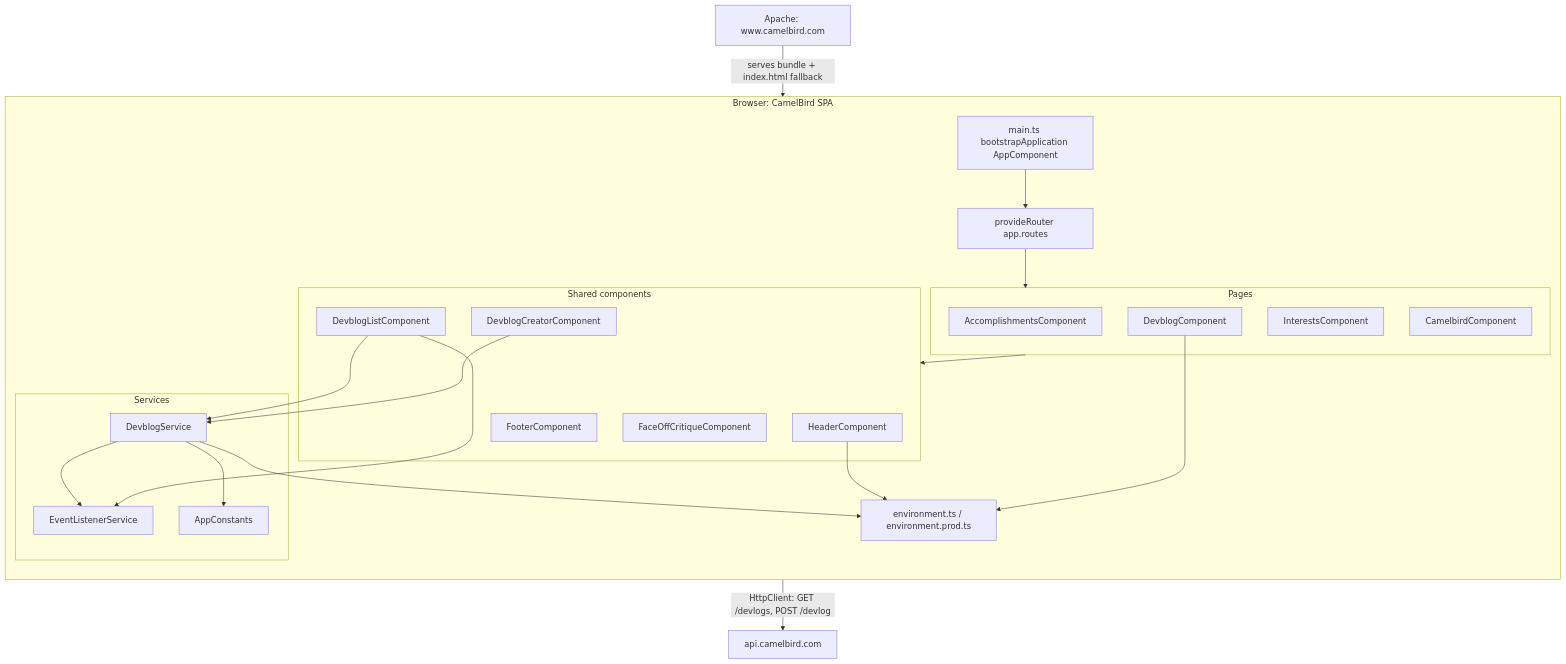
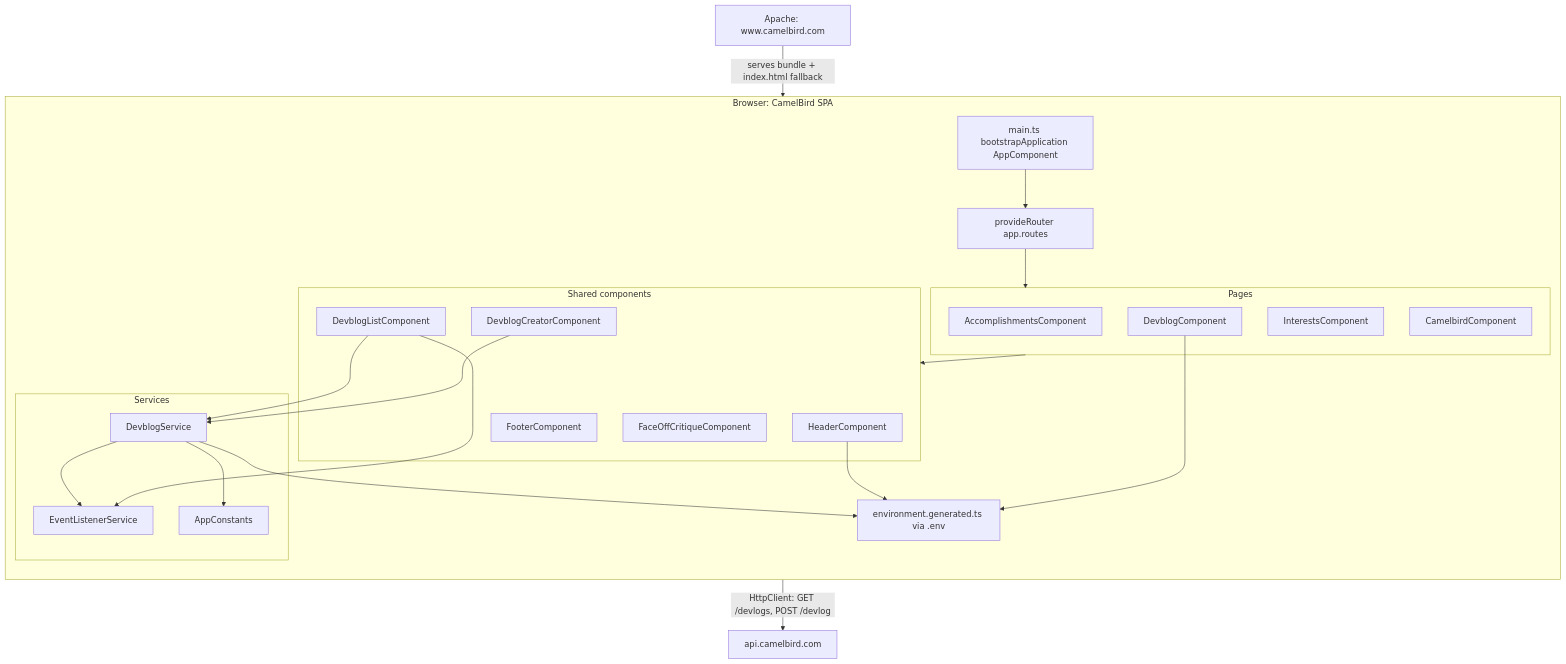
One commit to dangard/CamelBird changed the second of 3 diagrams in docs/ARCHITECTURE.md. Above: the diagram before and after it, drawn with Mermaid. The commit also changed other lines of this file and 9 other files, not shown here.

````diff
--- a/docs/ARCHITECTURE.md
+++ b/docs/ARCHITECTURE.md
@@ -52,43 +52,43 @@
 ```mermaid
 flowchart TB
   subgraph spa [Browser: CamelBird SPA]
     direction TB
     bootstrap[main.ts bootstrapApplication AppComponent]
     router[provideRouter app.routes]
     subgraph pages [Pages]
       acc[AccomplishmentsComponent]
       inter[InterestsComponent]
       cb[CamelbirdComponent]
       blog[DevblogComponent]
     end
     subgraph shared [Shared components]
       header[HeaderComponent]
       footer[FooterComponent]
       list[DevblogListComponent]
       creator[DevblogCreatorComponent]
       face[FaceOffCritiqueComponent]
     end
     subgraph svcs [Services]
       devsvc[DevblogService]
       evtsvc[EventListenerService]
       constants[AppConstants]
     end
-    env[environment.ts / environment.prod.ts]
+    env[environment.generated.ts via .env]
     bootstrap --> router
     router --> pages
     pages --> shared
     list --> devsvc
     creator --> devsvc
     devsvc --> evtsvc
     list --> evtsvc
     devsvc --> constants
     devsvc --> env
     header --> env
     blog --> env
   end
 
   apache[Apache: www.camelbird.com]
   api[api.camelbird.com]
   devsvc -->|HttpClient: GET /devlogs, POST /devlog| api
   apache -->|serves bundle + index.html fallback| spa
 ```
````
